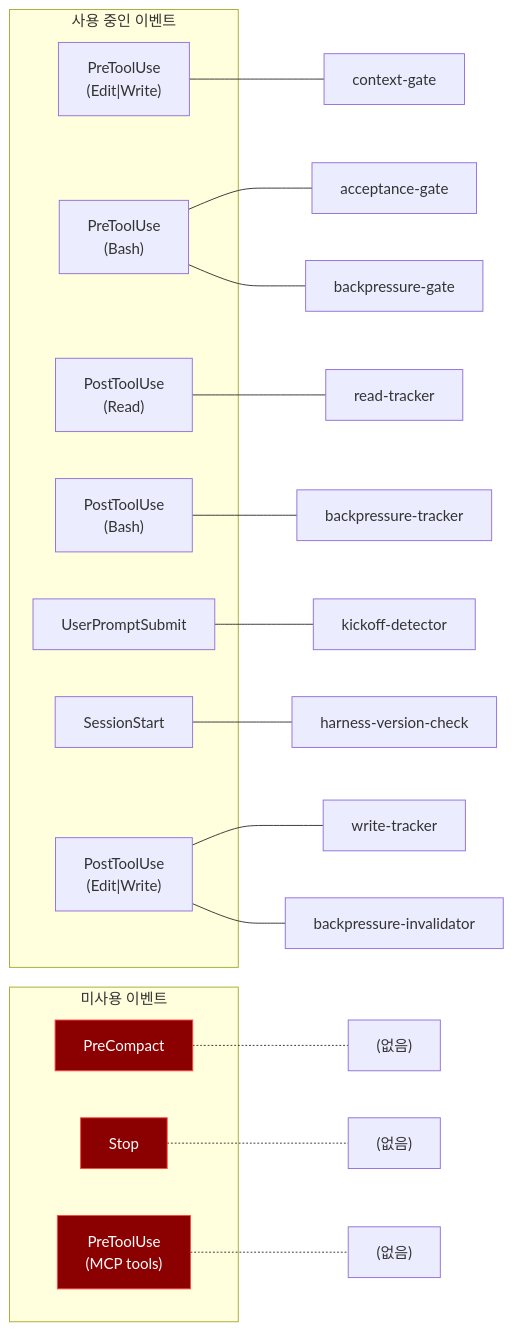
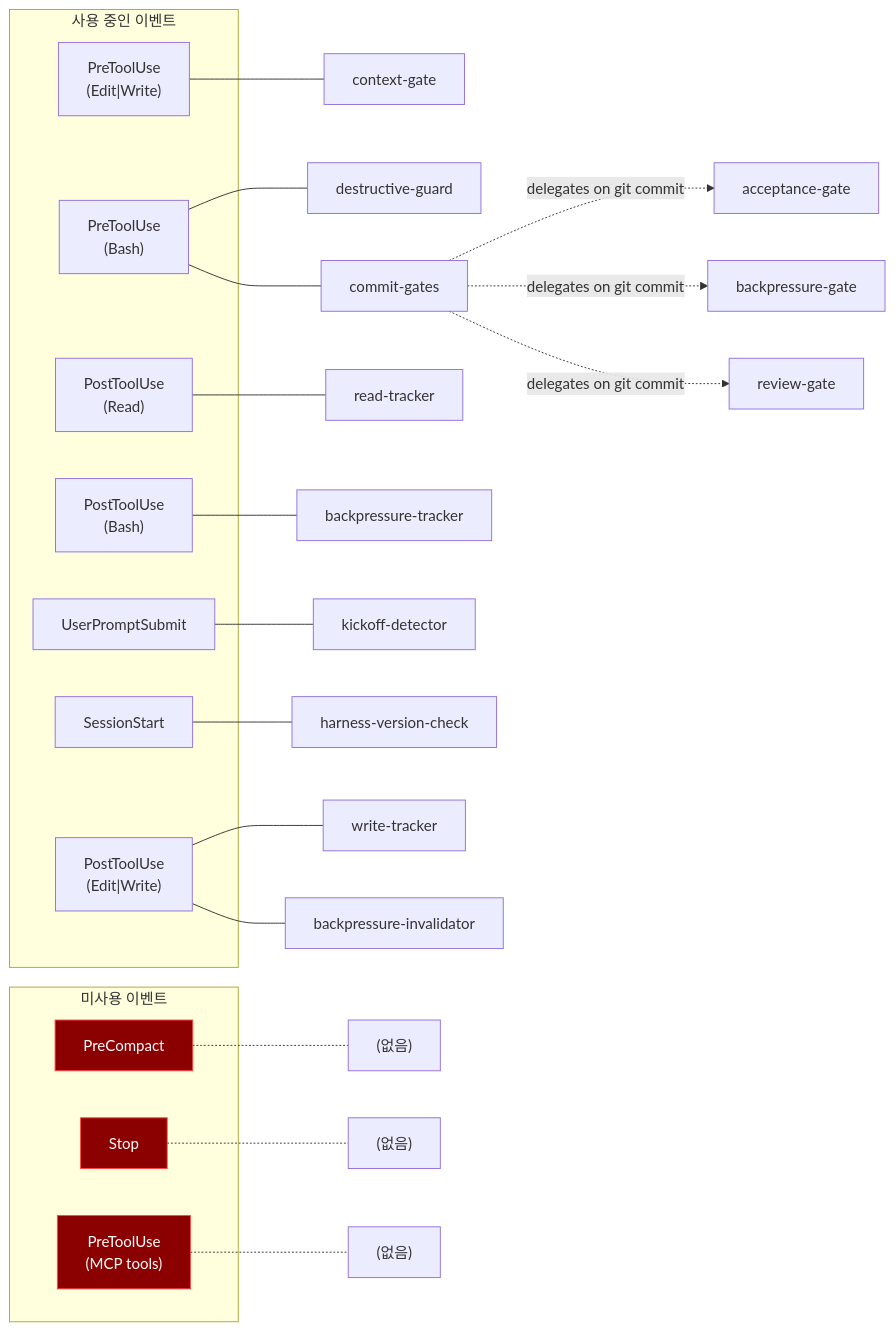
Before and after one commit to rae-hugo-kim/claude: the sixth of 7 diagrams in docs/architecture/harness-architecture.md, drawn with Mermaid. The commit also changed 4 other files, not shown here.

First line of the commit message:
fix(harness): merge commit-only gates into a single dispatcher (P1 #8b)

````diff
--- a/docs/architecture/harness-architecture.md
+++ b/docs/architecture/harness-architecture.md
@@ -293,34 +293,35 @@
 ```mermaid
 graph LR
     subgraph "사용 중인 이벤트"
         E1["PreToolUse<br/>(Edit|Write)"]
         E2["PreToolUse<br/>(Bash)"]
         E3["PostToolUse<br/>(Read)"]
         E4["PostToolUse<br/>(Bash)"]
         E5["UserPromptSubmit"]
         E6["SessionStart"]
         E10["PostToolUse<br/>(Edit|Write)"]
     end
 
     subgraph "미사용 이벤트"
         E7["PreCompact"]
         E8["Stop"]
         E9["PreToolUse<br/>(MCP tools)"]
     end
 
     E1 --- CG[context-gate]
-    E2 --- AG[acceptance-gate] & BG[backpressure-gate]
+    E2 --- DG[destructive-guard] & CGATES[commit-gates]
+    CGATES -.->|delegates on git commit| AG[acceptance-gate] & BG[backpressure-gate] & RV[review-gate]
     E3 --- RT[read-tracker]
     E4 --- BT[backpressure-tracker]
     E5 --- KD[kickoff-detector]
     E6 --- HVC[harness-version-check]
     E10 --- WT[write-tracker] & BI[backpressure-invalidator]
 
     E7 -.- N1["(없음)"]
     E8 -.- N2["(없음)"]
     E9 -.- N3["(없음)"]
 
     style E7 fill:#8b0000,color:#fff,stroke:#ff4444
     style E8 fill:#8b0000,color:#fff,stroke:#ff4444
     style E9 fill:#8b0000,color:#fff,stroke:#ff4444
 ```
````
